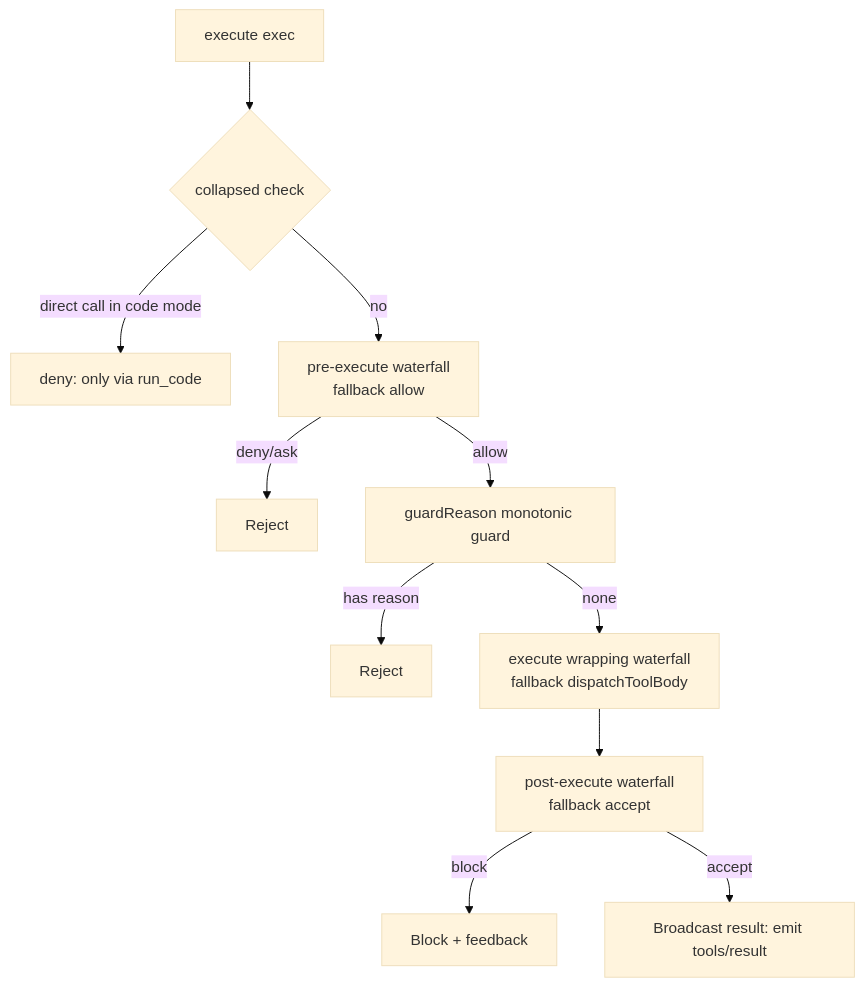
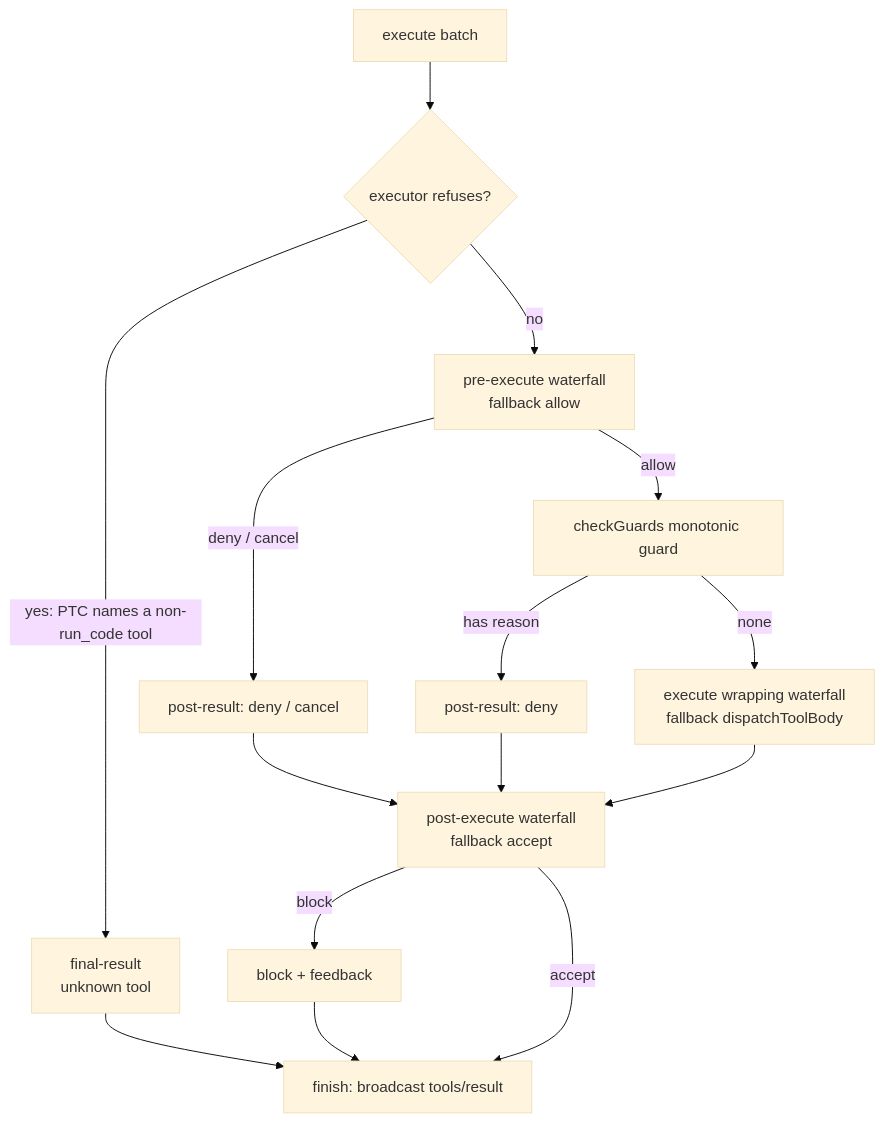
The third of 4 diagrams in ch04/ch04-tools-pipeline_en.md (ChenYu1991ppak/deepseek-harness-anatomy), drawn with Mermaid (base theme) before and after one commit. The commit also changed other lines of this file and 124 other files, not shown here.

````diff
--- a/ch04/ch04-tools-pipeline_en.md
+++ b/ch04/ch04-tools-pipeline_en.md
@@ -299,13 +405,17 @@
 ```mermaid
 flowchart TD
-    E[execute exec] --> C{collapsed check}
-    C -->|direct call in code mode| D1[deny: only via run_code]
-    C -->|no| P[pre-execute waterfall<br/>fallback allow]
-    P -->|deny/ask| D2[Reject]
-    P -->|allow| G[guardReason monotonic guard]
-    G -->|has reason| D3[Reject]
+    E[execute batch] --> R{executor refuses?}
+    R -->|yes: PTC names a non-run_code tool| D0[final-result<br/>unknown tool]
+    R -->|no| P[pre-execute waterfall<br/>fallback allow]
+    P -->|deny / cancel| D2[post-result: deny / cancel]
+    P -->|allow| G[checkGuards monotonic guard]
+    G -->|has reason| D3[post-result: deny]
     G -->|none| X[execute wrapping waterfall<br/>fallback dispatchToolBody]
-    X --> R[post-execute waterfall<br/>fallback accept]
-    R -->|block| D4[Block + feedback]
-    R -->|accept| F[Broadcast result: emit tools/result]
+    X --> R2[post-execute waterfall<br/>fallback accept]
+    D2 --> R2
+    D3 --> R2
+    R2 -->|block| D4[block + feedback]
+    R2 -->|accept| F[finish: broadcast tools/result]
+    D4 --> F
+    D0 --> F
 ```
````
